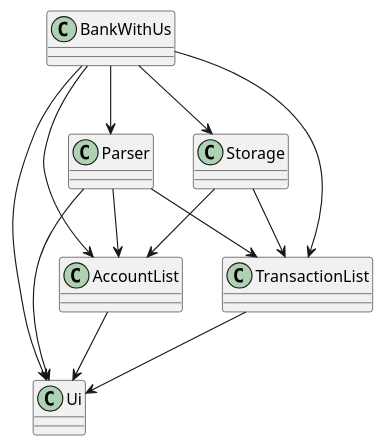
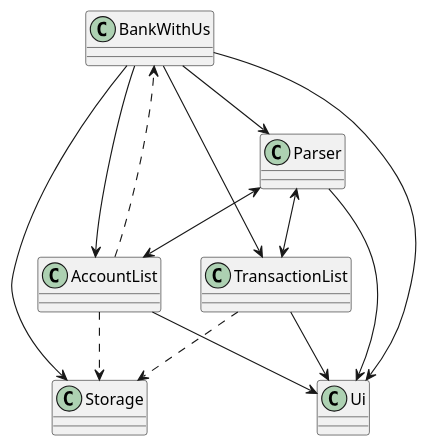
The diagram in docs/diagrams/main_architecture.puml (xiaoge26/tp), drawn with PlantUML before and after one commit.

Commit message:
Refine puml main diagram

```diff
--- a/docs/diagrams/main_architecture.puml
+++ b/docs/diagrams/main_architecture.puml
@@ -1,20 +1,22 @@
 @startuml
 class BankWithUs
 class Storage
 class AccountList
 class Ui
 class TransactionList
 class Parser
 BankWithUs --> Storage
-Storage --> AccountList
-Storage --> TransactionList
+AccountList ..> Storage
+TransactionList ..> Storage
 BankWithUs --> Parser
 BankWithUs --> AccountList
+AccountList ..> BankWithUs
 BankWithUs --> TransactionList
 BankWithUs --> Ui
 Parser --> Ui
-Parser --> AccountList
-Parser --> TransactionList
+Parser <--> AccountList
+Parser <--> TransactionList
 AccountList --> Ui
 TransactionList --> Ui
+
 @enduml
```
